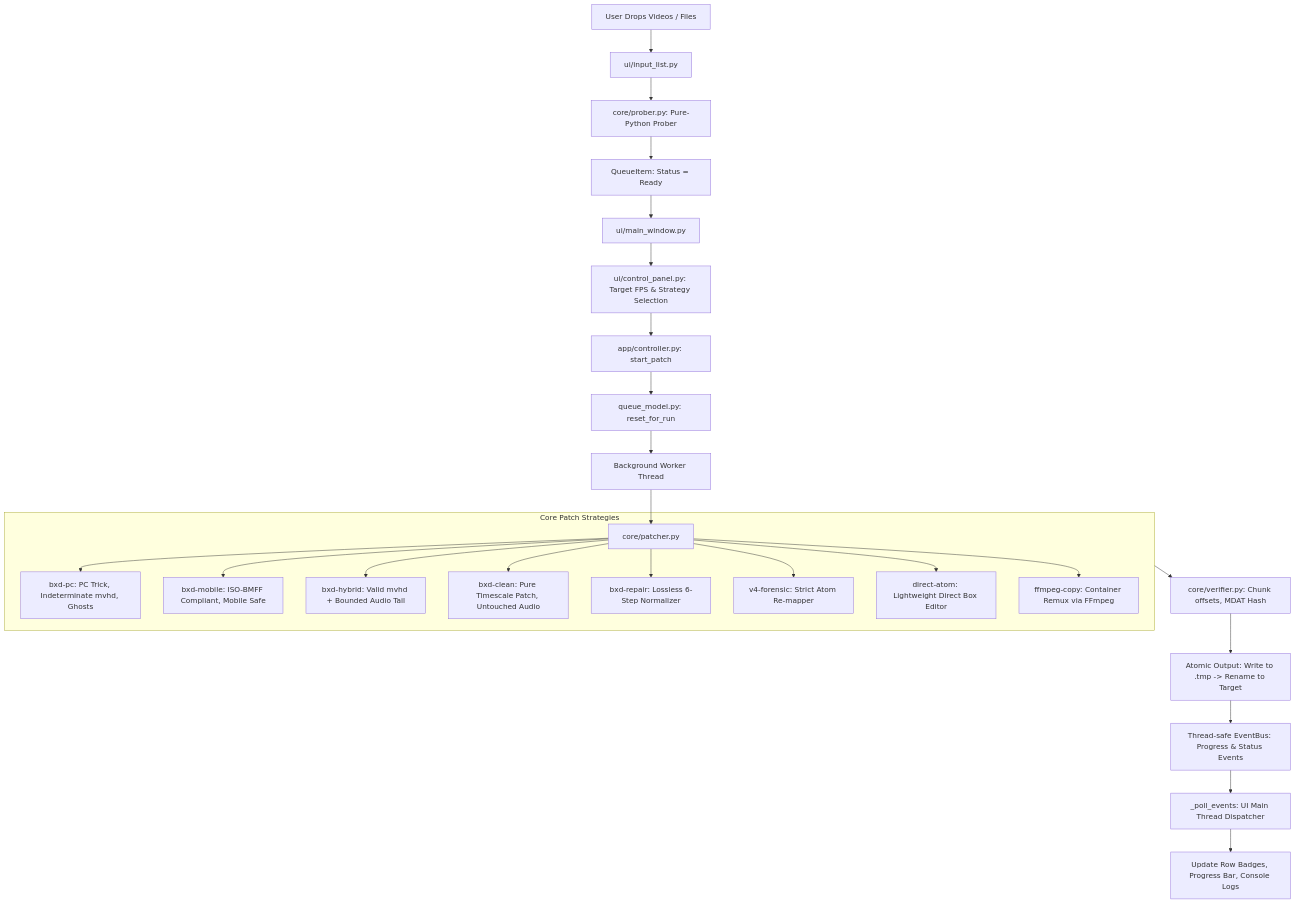
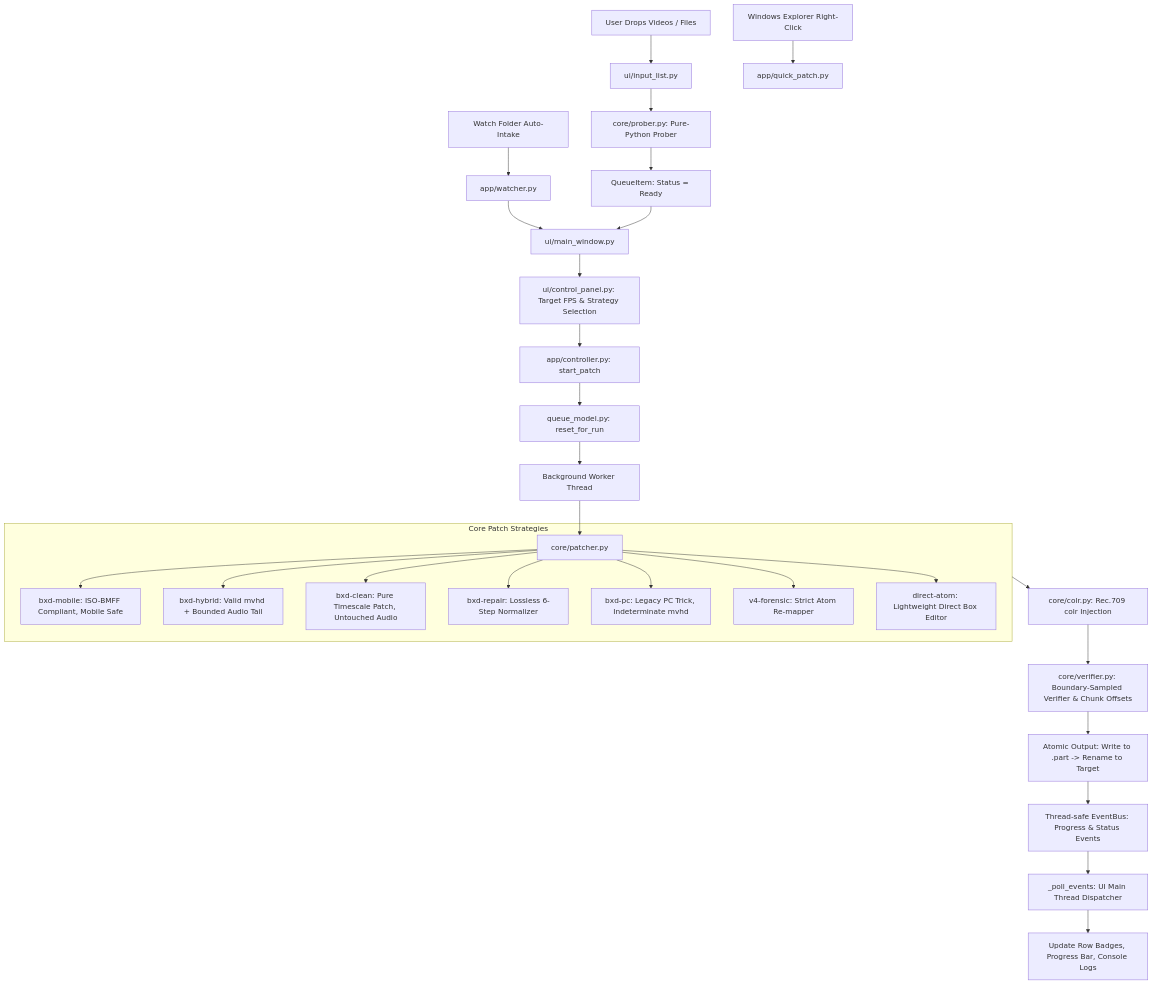
Before and after one commit to x1Swimzft/FPS-Patcher-Studio: the diagram in AI_CODEBASE_SUMMARY.md, drawn with Mermaid. The commit also changed other lines of this file and 22 other files, not shown here.

````diff
--- a/AI_CODEBASE_SUMMARY.md
+++ b/AI_CODEBASE_SUMMARY.md
@@ -91,29 +115,32 @@
 ```mermaid
 flowchart TD
     UserDrop[User Drops Videos / Files] --> InputList[ui/input_list.py]
+    WatchFolder[Watch Folder Auto-Intake] --> Watcher[app/watcher.py]
+    Watcher --> MainWindow[ui/main_window.py]
+    ContextMenu[Windows Explorer Right-Click] --> QuickPatch[app/quick_patch.py]
     InputList --> Prober[core/prober.py: Pure-Python Prober]
     Prober --> QueueItemReady[QueueItem: Status = Ready]
-    QueueItemReady --> MainWindow[ui/main_window.py]
+    QueueItemReady --> MainWindow
     MainWindow --> ControlPanel[ui/control_panel.py: Target FPS & Strategy Selection]
     ControlPanel --> ControllerStart[app/controller.py: start_patch]
     ControllerStart --> ResetRun[queue_model.py: reset_for_run]
     ResetRun --> WorkerThread[Background Worker Thread]
     WorkerThread --> Dispatcher[core/patcher.py]
     
     subgraph PatchStrategies [Core Patch Strategies]
-        Dispatcher --> BXD_PC[bxd-pc: PC Trick, Indeterminate mvhd, Ghosts]
         Dispatcher --> BXD_Mobile[bxd-mobile: ISO-BMFF Compliant, Mobile Safe]
         Dispatcher --> BXD_Hybrid[bxd-hybrid: Valid mvhd + Bounded Audio Tail]
         Dispatcher --> BXD_Clean[bxd-clean: Pure Timescale Patch, Untouched Audio]
         Dispatcher --> BXD_Repair[bxd-repair: Lossless 6-Step Normalizer]
+        Dispatcher --> BXD_PC[bxd-pc: Legacy PC Trick, Indeterminate mvhd]
         Dispatcher --> V4_Forensic[v4-forensic: Strict Atom Re-mapper]
         Dispatcher --> Direct_Atom[direct-atom: Lightweight Direct Box Editor]
-        Dispatcher --> FFmpeg_Copy[ffmpeg-copy: Container Remux via FFmpeg]
     end
     
-    PatchStrategies --> Verifier[core/verifier.py: Chunk offsets, MDAT Hash]
-    Verifier --> TempFile[Atomic Output: Write to .tmp -> Rename to Target]
+    PatchStrategies --> ColorGuard[core/colr.py: Rec.709 colr Injection]
+    ColorGuard --> Verifier[core/verifier.py: Boundary-Sampled Verifier & Chunk Offsets]
+    Verifier --> TempFile[Atomic Output: Write to .part -> Rename to Target]
     TempFile --> EventBus[Thread-safe EventBus: Progress & Status Events]
     EventBus --> TkPoll[_poll_events: UI Main Thread Dispatcher]
     TkPoll --> UIUpdate[Update Row Badges, Progress Bar, Console Logs]
 ```
````
